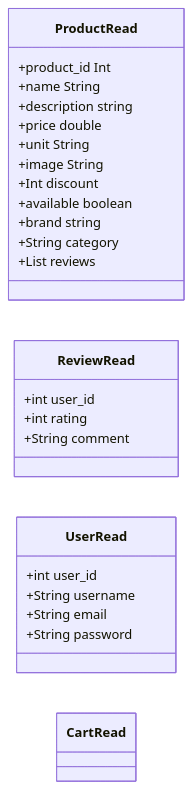
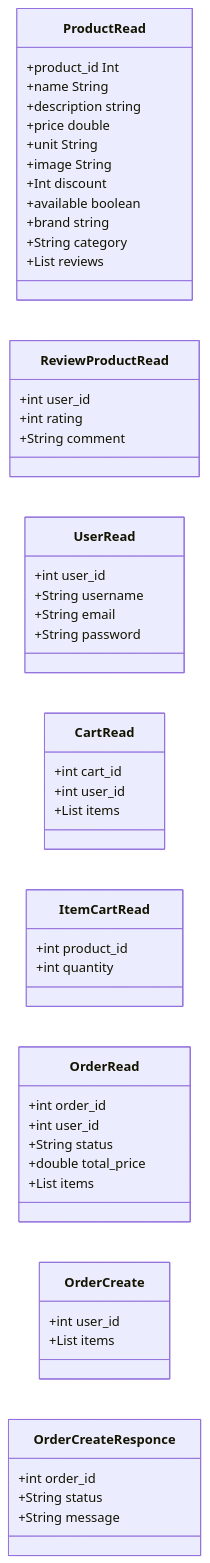
The diagram in Diagram/fakestoreapi_shittyAPI.mmd (IMarelja/FakeStore-Project), drawn with Mermaid before and after one commit.

Commit message:
fixed diagram

```diff
--- a/Diagram/fakestoreapi_shittyAPI.mmd
+++ b/Diagram/fakestoreapi_shittyAPI.mmd
@@ -1,34 +1,60 @@
 classDiagram
 direction LR
 
 %% FIX IT
 class ProductRead{
     +product_id Int
     +name String
     +description string
     +price double
     +unit String
     +image String
     +Int discount
     +available boolean
     +brand string
     +String category
-    +List<Review> reviews
+    +List<ReviewProductRead> reviews
 }
 
-class ReviewRead{
+class ReviewProductRead{
     +int user_id
     +int rating
     +String comment
 }
 
 class UserRead{
     +int user_id
     +String username
     +String email
     +String password
 }
 
 class CartRead{
-    
+    +int cart_id
+    +int user_id
+    +List<ItemCartRead> items
 }
+
+class ItemCartRead{
+    +int product_id
+    +int quantity
+}
+
+class OrderRead{
+    +int order_id
+    +int user_id
+    +String status
+    +double total_price
+    +List<ItemCartRead> items
+}
+
+class OrderCreate{
+    +int user_id
+    +List<ItemCartRead> items
+}
+
+class OrderCreateResponce{
+    +int order_id
+    +String status
+    +String message
+}
```
